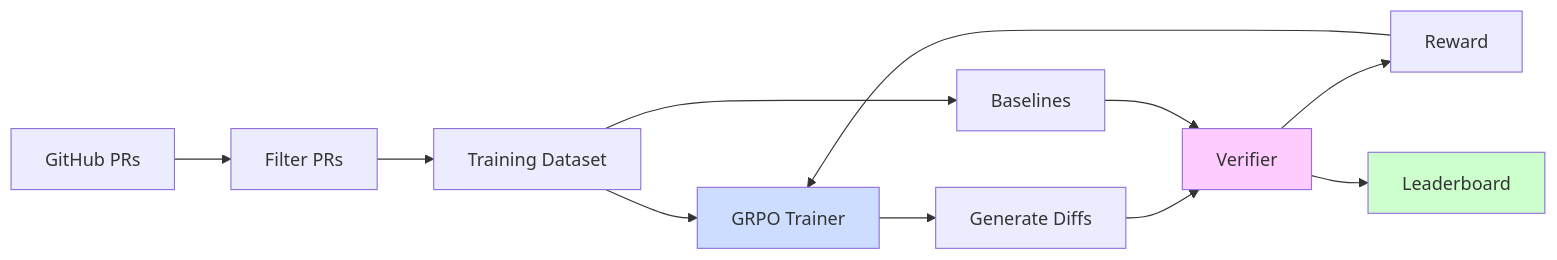
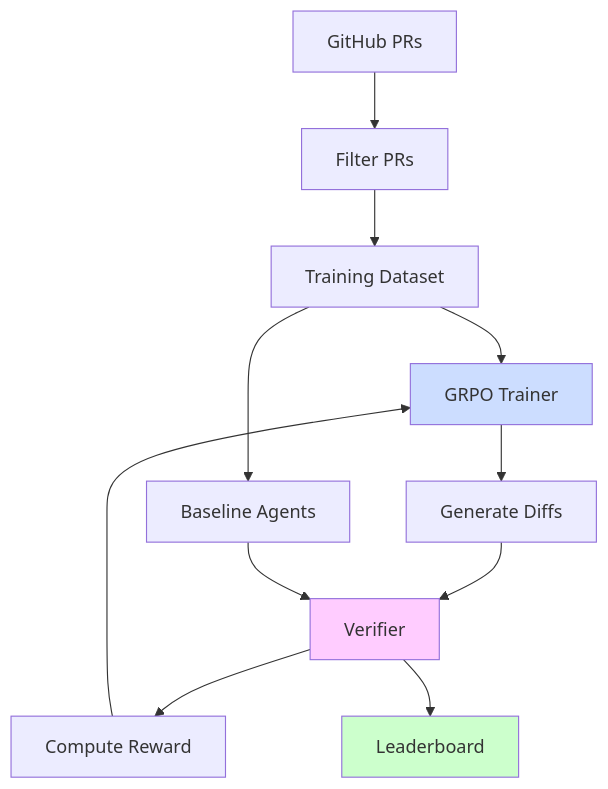
Before and after one commit to aniltolwani/clobber: the diagram in README.md, drawn with Mermaid.

Commit message:
Switch architecture diagram to vertical layout
- Change from LR (left-right) to TB (top-bottom) for better height
- Vertical flow gives more breathing room
- Should prevent control buttons from overlapping diagram

````diff
--- a/README.md
+++ b/README.md
@@ -52,19 +52,19 @@
 ```mermaid
-flowchart LR
+flowchart TB
     A[GitHub PRs] --> B[Filter PRs]
     B --> C[Training Dataset]
 
     C --> D[GRPO Trainer]
     D --> E[Generate Diffs]
     E --> F[Verifier]
-    F --> G[Reward]
+    F --> G[Compute Reward]
     G --> D
 
-    C --> H[Baselines]
+    C --> H[Baseline Agents]
     H --> F
     F --> I[Leaderboard]
 
     style F fill:#ffccff
     style D fill:#ccddff
     style I fill:#ccffcc
 ```
````
